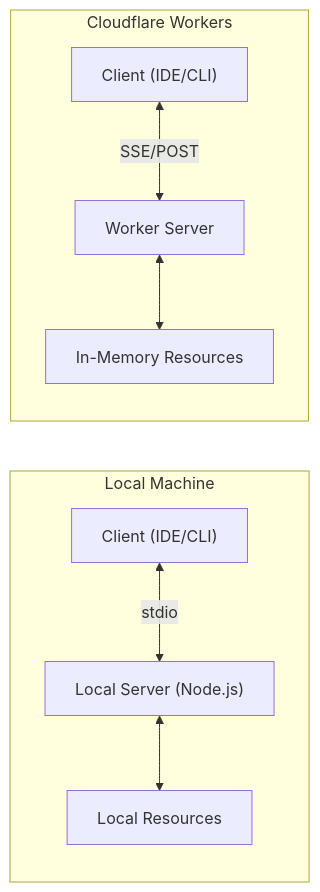
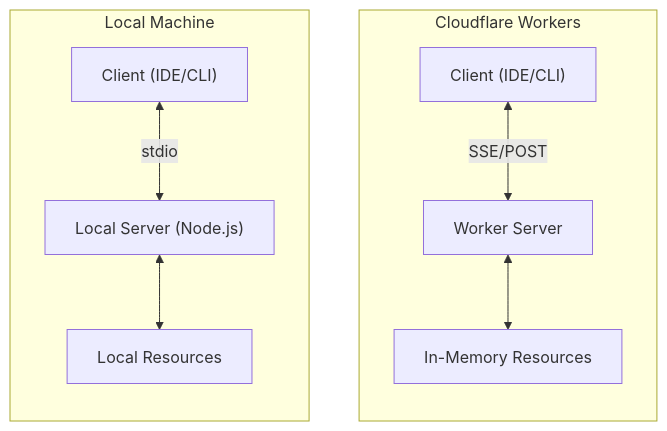
The diagram in README.md (hissain/simplest-mcp), drawn with Mermaid before and after one commit.

Commit message:
docs: force side-by-side diagram layout with invisible edge

````diff
--- a/README.md
+++ b/README.md
@@ -14,14 +14,17 @@
 ```mermaid
 graph LR
     subgraph Local [Local Machine]
         direction TB
         Client["Client (IDE/CLI)"] <-->|stdio| Server["Local Server (Node.js)"]
         Server <--> Resources["Local Resources"]
     end
     
     subgraph Cloud [Cloudflare Workers]
         direction TB
         RemoteClient["Client (IDE/CLI)"] <-->|SSE/POST| Worker["Worker Server"]
         Worker <--> CloudRes["In-Memory Resources"]
     end
+
+    %% Force side-by-side layout
+    Server ~~~ Worker
 ```
````
